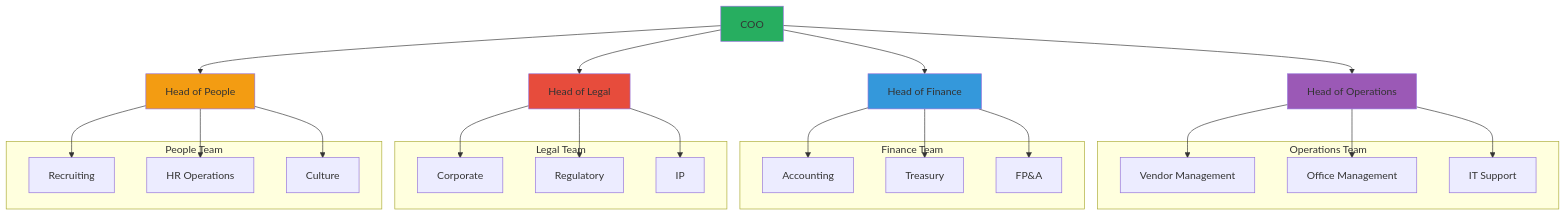
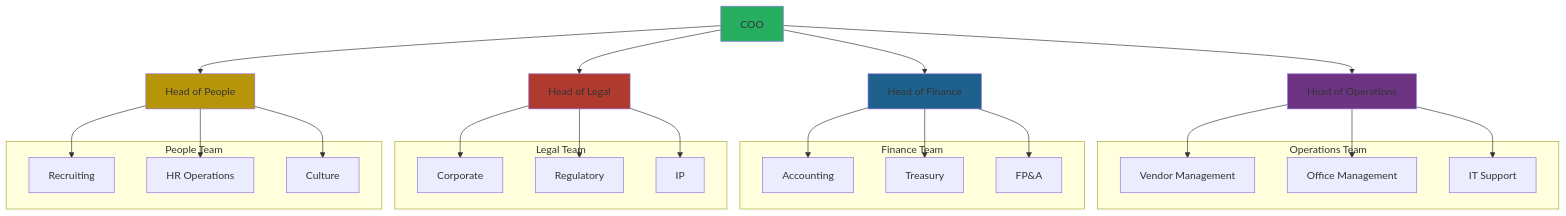
The fifth of 5 diagrams in docs/06-operations/team/org-chart.md (CipherOcto/cipherocto), drawn with Mermaid before and after one commit. The commit also changed other lines of this file and 13 other files, not shown here.

First line of the commit message:
Improve Mermaid diagram accessibility: Fix color contrast

````diff
--- a/docs/06-operations/team/org-chart.md
+++ b/docs/06-operations/team/org-chart.md
@@ -204,59 +204,59 @@
 ```mermaid
 graph TB
     COO[COO]
     HeadOps[Head of Operations]
     HeadFinance[Head of Finance]
     HeadLegal[Head of Legal]
     HeadPeople[Head of People]
 
     COO --> HeadOps
     COO --> HeadFinance
     COO --> HeadLegal
     COO --> HeadPeople
 
     subgraph OPS["Operations Team"]
         OpsTeam1[Vendor Management]
         OpsTeam2[Office Management]
         OpsTeam3[IT Support]
     end
 
     subgraph FINANCE["Finance Team"]
         FinanceTeam1[Accounting]
         FinanceTeam2[Treasury]
         FinanceTeam3[FP&A]
     end
 
     subgraph LEGAL["Legal Team"]
         LegalTeam1[Corporate]
         LegalTeam2[Regulatory]
         LegalTeam3[IP]
     end
 
     subgraph PEOPLE["People Team"]
         PeopleTeam1[Recruiting]
         PeopleTeam2[HR Operations]
         PeopleTeam3[Culture]
     end
 
     HeadOps --> OpsTeam1
     HeadOps --> OpsTeam2
     HeadOps --> OpsTeam3
 
     HeadFinance --> FinanceTeam1
     HeadFinance --> FinanceTeam2
     HeadFinance --> FinanceTeam3
 
     HeadLegal --> LegalTeam1
     HeadLegal --> LegalTeam2
     HeadLegal --> LegalTeam3
 
     HeadPeople --> PeopleTeam1
     HeadPeople --> PeopleTeam2
     HeadPeople --> PeopleTeam3
 
     style COO fill:#27ae60
-    style HeadOps fill:#9b59b6
-    style HeadFinance fill:#3498db
-    style HeadLegal fill:#e74c3c
-    style HeadPeople fill:#f39c12
+    style HeadOps fill:#6c3483
+    style HeadFinance fill:#1f618d
+    style HeadLegal fill:#b03a2e
+    style HeadPeople fill:#b7950b
 ```
````
